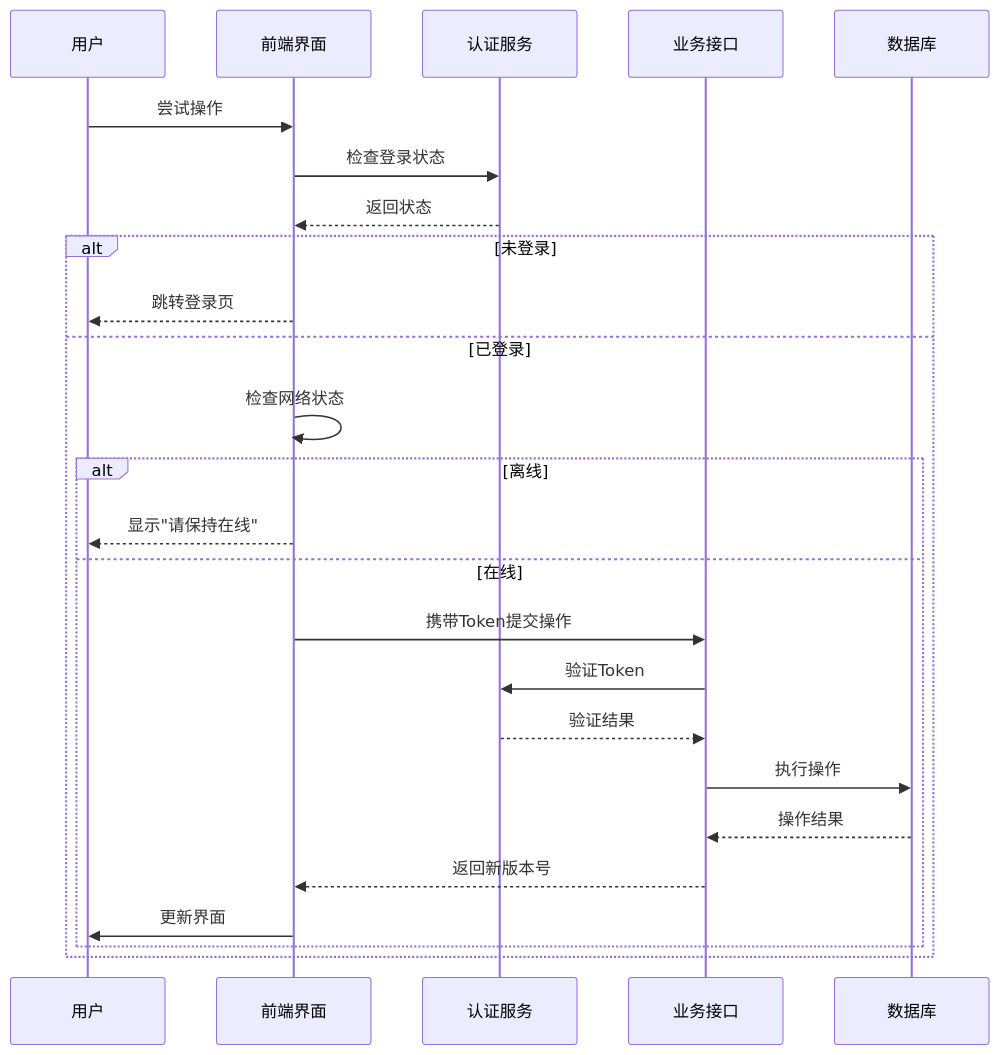
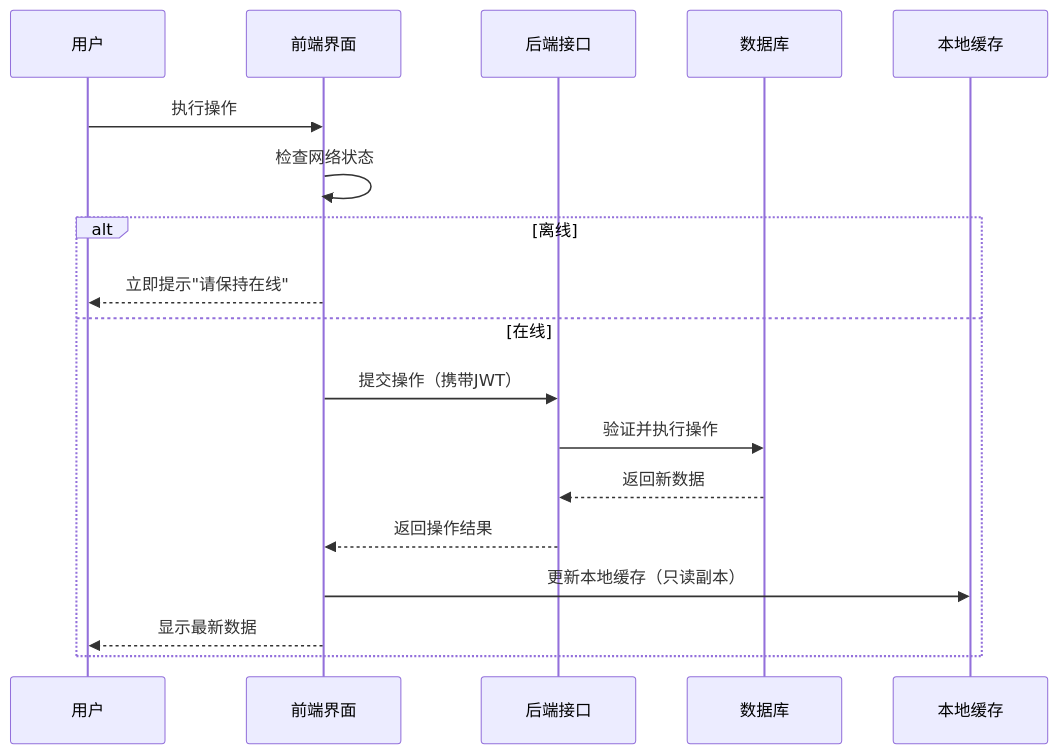
The diagram in all/未命名-24.md (yingjianzh/iodraw-files), drawn with Mermaid before and after one commit.

Commit message:
2025-02-24 11:18:14 update

````diff
--- a/all/未命名-24.md
+++ b/all/未命名-24.md
@@ -1,29 +1,21 @@
 ```mermaid
 sequenceDiagram
-    participant U as 用户
+    participant User as 用户
     participant UI as 前端界面
-    participant Auth as 认证服务
-    participant API as 业务接口
+    participant API as 后端接口
     participant DB as 数据库
+    participant Cache as 本地缓存
 
-    U->>UI: 尝试操作
-    UI->>Auth: 检查登录状态
-    Auth-->>UI: 返回状态
-    
-    alt 未登录
-        UI-->>U: 跳转登录页
-    else 已登录
-        UI->>UI: 检查网络状态
-        alt 离线
-            UI-->>U: 显示"请保持在线"
-        else 在线
-            UI->>API: 携带Token提交操作
-            API->>Auth: 验证Token
-            Auth-->>API: 验证结果
-            API->>DB: 执行操作
-            DB-->>API: 操作结果
-            API-->>UI: 返回新版本号
-            UI->>U: 更新界面
-        end
+    User->>UI: 执行操作
+    UI->>UI: 检查网络状态
+    alt 离线
+        UI-->>User: 立即提示"请保持在线"
+    else 在线
+        UI->>API: 提交操作（携带JWT）
+        API->>DB: 验证并执行操作
+        DB-->>API: 返回新数据
+        API-->>UI: 返回操作结果
+        UI->>Cache: 更新本地缓存（只读副本）
+        UI-->>User: 显示最新数据
     end
 ```
````
